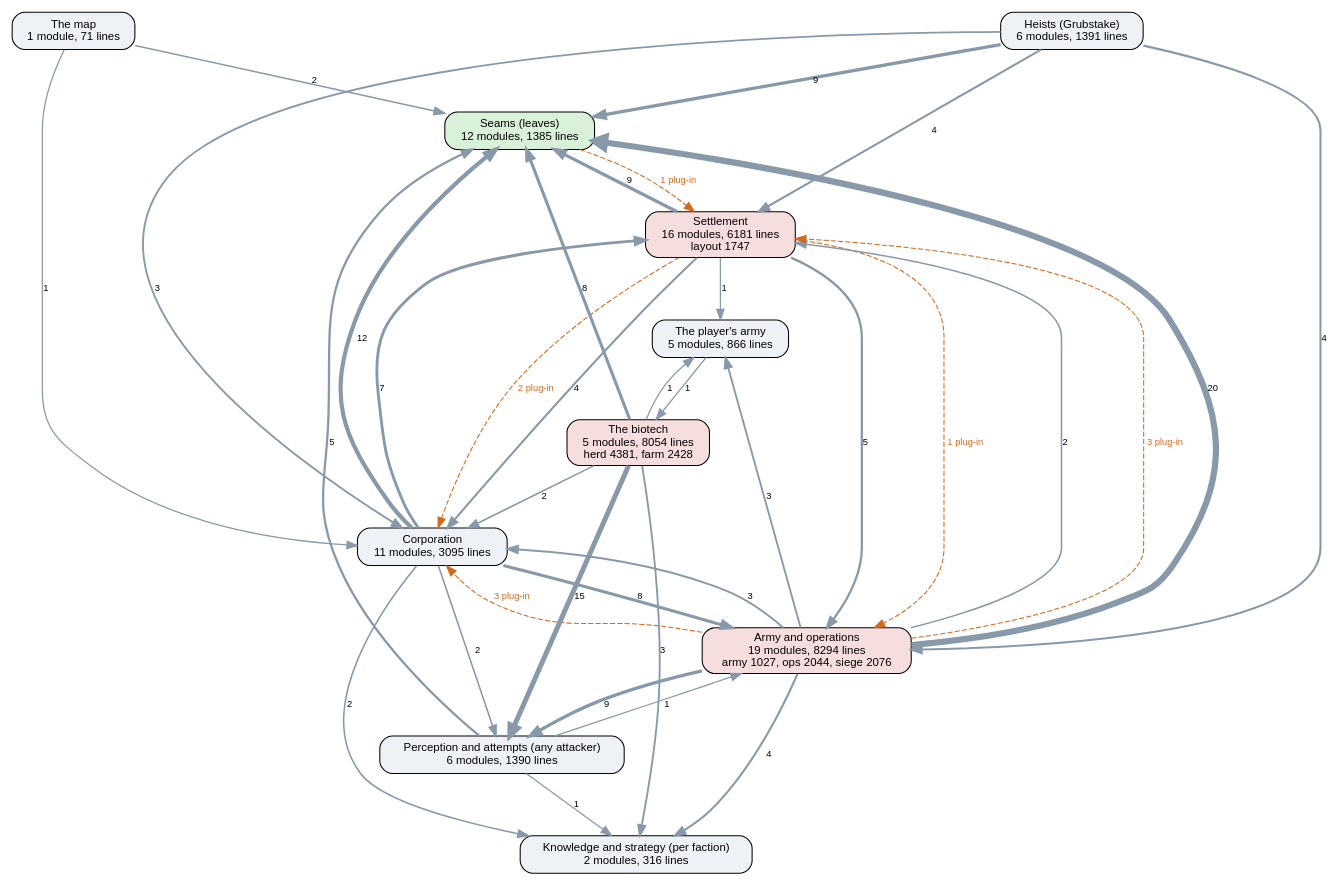
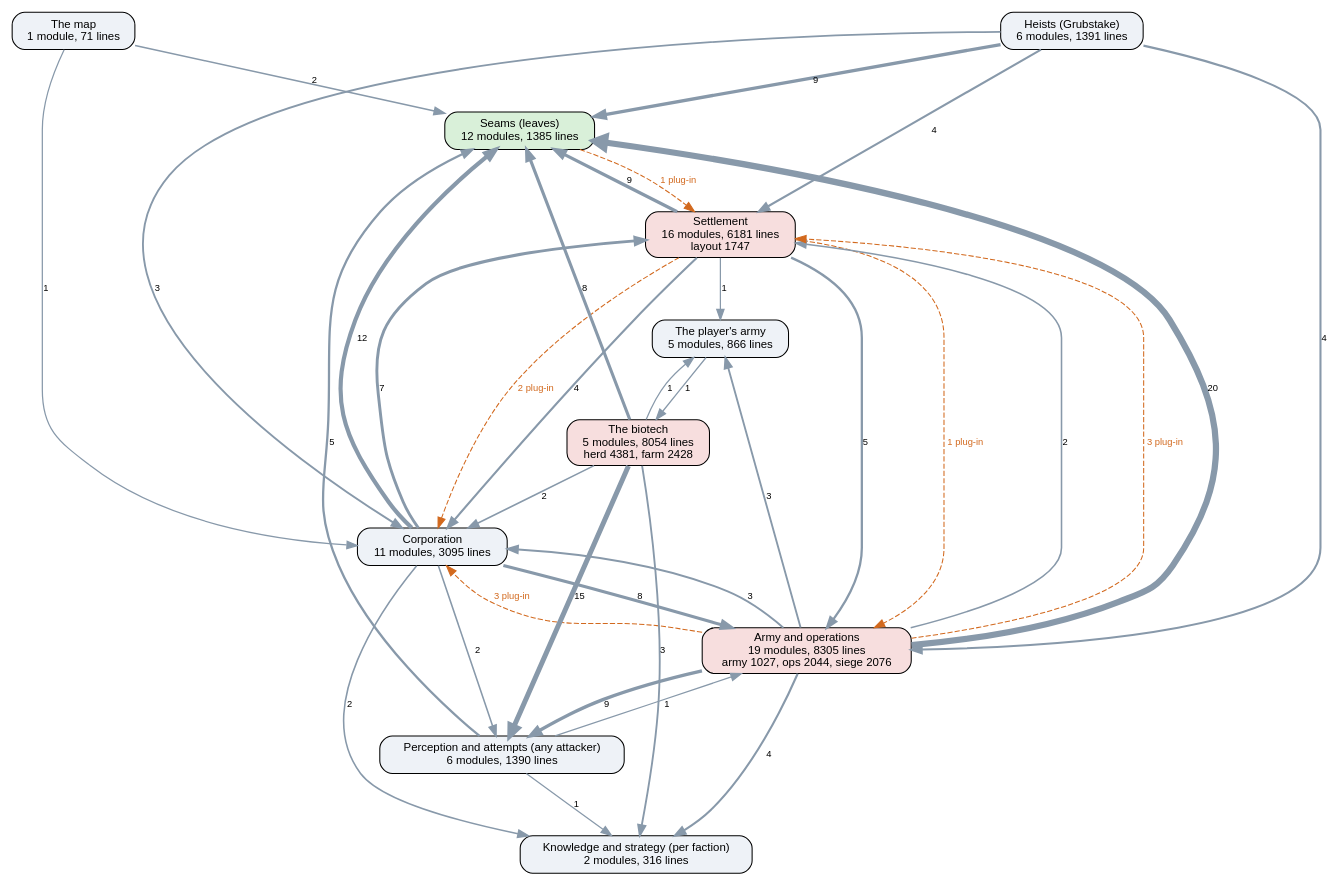
Before and after one commit to kinelhu/landing-party: the diagram in docs/ai-layers.dot, drawn with Graphviz. The commit also changed 10 other files, not shown here.

```diff
--- a/docs/ai-layers.dot
+++ b/docs/ai-layers.dot
@@ -1,50 +1,50 @@
 digraph layers {
   graph [rankdir=TB, fontname="Helvetica", nodesep=0.5, ranksep=0.7];
   node [shape=box, style="rounded,filled", fontname="Helvetica", fontsize=11, fillcolor="#eef2f7"];
   edge [color="#8899aa", fontname="Helvetica", fontsize=9];
   "Seams (leaves)" [label="Seams (leaves)\n12 modules, 1385 lines", fillcolor="#d9f0d9"];
   "Perception and attempts (any attacker)" [label="Perception and attempts (any attacker)\n6 modules, 1390 lines", fillcolor="#eef2f7"];
   "Knowledge and strategy (per faction)" [label="Knowledge and strategy (per faction)\n2 modules, 316 lines", fillcolor="#eef2f7"];
   "Corporation" [label="Corporation\n11 modules, 3095 lines", fillcolor="#eef2f7"];
   "Settlement" [label="Settlement\n16 modules, 6181 lines\nlayout 1747", fillcolor="#f7dede"];
-  "Army and operations" [label="Army and operations\n19 modules, 8294 lines\narmy 1027, ops 2044, siege 2076", fillcolor="#f7dede"];
+  "Army and operations" [label="Army and operations\n19 modules, 8305 lines\narmy 1027, ops 2044, siege 2076", fillcolor="#f7dede"];
   "Heists (Grubstake)" [label="Heists (Grubstake)\n6 modules, 1391 lines", fillcolor="#eef2f7"];
   "The biotech" [label="The biotech\n5 modules, 8054 lines\nherd 4381, farm 2428", fillcolor="#f7dede"];
   "The map" [label="The map\n1 module, 71 lines", fillcolor="#eef2f7"];
   "The player's army" [label="The player's army\n5 modules, 866 lines", fillcolor="#eef2f7"];
   "Army and operations" -> "Corporation" [label="3", penwidth=1.8];
   "Army and operations" -> "Knowledge and strategy (per faction)" [label="4", penwidth=2.0];
   "Army and operations" -> "Perception and attempts (any attacker)" [label="9", penwidth=3.2];
   "Army and operations" -> "Seams (leaves)" [label="20", penwidth=6.0];
   "Army and operations" -> "Settlement" [label="2", penwidth=1.5];
   "Army and operations" -> "The player's army" [label="3", penwidth=1.8];
   "Corporation" -> "Army and operations" [label="8", penwidth=3.0];
   "Corporation" -> "Knowledge and strategy (per faction)" [label="2", penwidth=1.5];
   "Corporation" -> "Perception and attempts (any attacker)" [label="2", penwidth=1.5];
   "Corporation" -> "Seams (leaves)" [label="12", penwidth=4.0];
   "Corporation" -> "Settlement" [label="7", penwidth=2.8];
   "Heists (Grubstake)" -> "Army and operations" [label="4", penwidth=2.0];
   "Heists (Grubstake)" -> "Corporation" [label="3", penwidth=1.8];
   "Heists (Grubstake)" -> "Seams (leaves)" [label="9", penwidth=3.2];
   "Heists (Grubstake)" -> "Settlement" [label="4", penwidth=2.0];
   "Perception and attempts (any attacker)" -> "Army and operations" [label="1", penwidth=1.2];
   "Perception and attempts (any attacker)" -> "Knowledge and strategy (per faction)" [label="1", penwidth=1.2];
   "Perception and attempts (any attacker)" -> "Seams (leaves)" [label="5", penwidth=2.2];
   "Settlement" -> "Army and operations" [label="5", penwidth=2.2];
   "Settlement" -> "Corporation" [label="4", penwidth=2.0];
   "Settlement" -> "Seams (leaves)" [label="9", penwidth=3.2];
   "Settlement" -> "The player's army" [label="1", penwidth=1.2];
   "The biotech" -> "Corporation" [label="2", penwidth=1.5];
   "The biotech" -> "Knowledge and strategy (per faction)" [label="3", penwidth=1.8];
   "The biotech" -> "Perception and attempts (any attacker)" [label="15", penwidth=4.8];
   "The biotech" -> "Seams (leaves)" [label="8", penwidth=3.0];
   "The biotech" -> "The player's army" [label="1", penwidth=1.2];
   "The map" -> "Corporation" [label="1", penwidth=1.2];
   "The map" -> "Seams (leaves)" [label="2", penwidth=1.5];
   "The player's army" -> "The biotech" [label="1", penwidth=1.2];
   "Army and operations" -> "Corporation" [style=dashed, color="#d2691e", fontcolor="#d2691e", label="3 plug-in"];
   "Army and operations" -> "Settlement" [style=dashed, color="#d2691e", fontcolor="#d2691e", label="3 plug-in"];
   "Seams (leaves)" -> "Settlement" [style=dashed, color="#d2691e", fontcolor="#d2691e", label="1 plug-in"];
   "Settlement" -> "Army and operations" [style=dashed, color="#d2691e", fontcolor="#d2691e", label="1 plug-in"];
   "Settlement" -> "Corporation" [style=dashed, color="#d2691e", fontcolor="#d2691e", label="2 plug-in"];
 }
```
